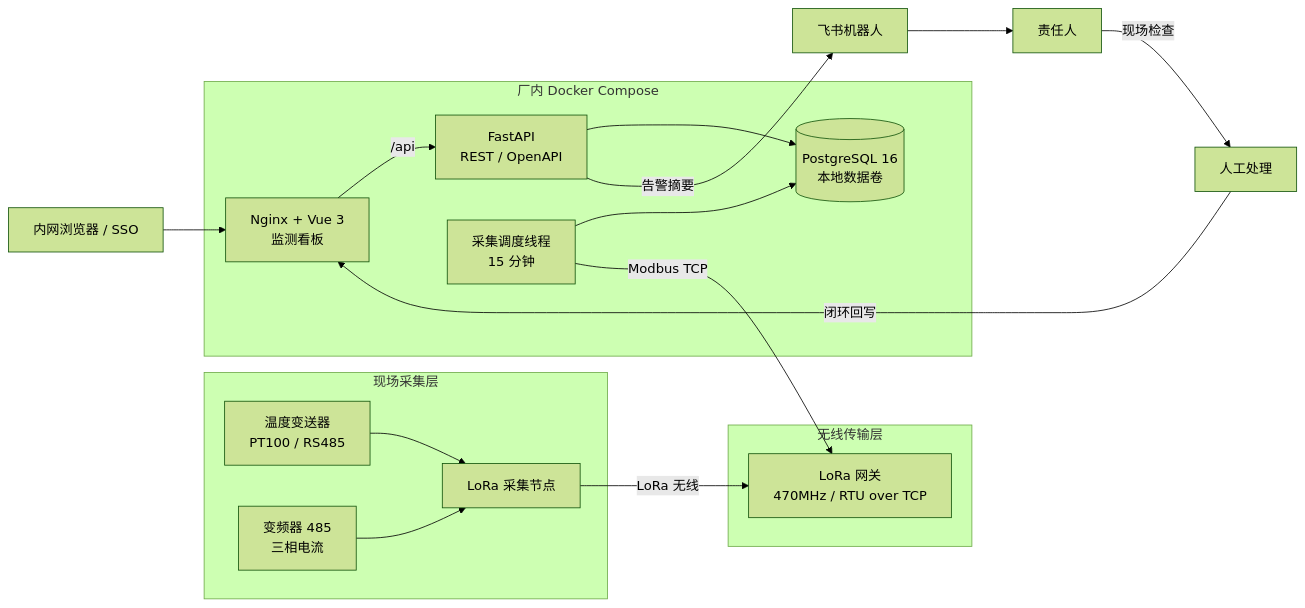
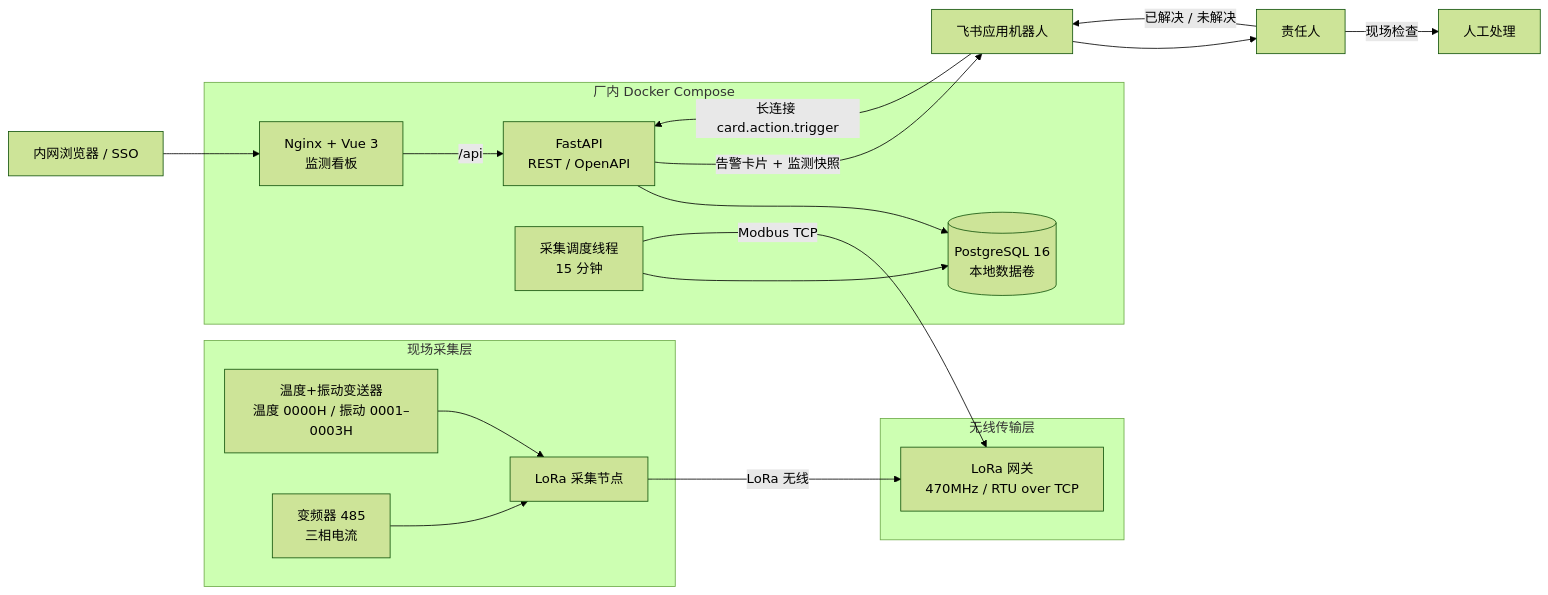
Before and after one commit to fuqin123/motor_testing_system: the first of 2 diagrams in docs/02-整体框架设计.md, drawn with Mermaid (forest theme). The commit also changed other lines of this file and 8 other files, not shown here.

````diff
--- a/docs/02-整体框架设计.md
+++ b/docs/02-整体框架设计.md
@@ -25,32 +25,33 @@
 ```mermaid
 flowchart LR
     subgraph FIELD["现场采集层"]
-        T["温度变送器<br/>PT100 / RS485"]
+        T["温度+振动变送器<br/>温度 0000H / 振动 0001–0003H"]
         V["变频器 485<br/>三相电流"]
         N["LoRa 采集节点"]
         T --> N
         V --> N
     end
 
     subgraph WIRELESS["无线传输层"]
         G["LoRa 网关<br/>470MHz / RTU over TCP"]
         N -- "LoRa 无线" --> G
     end
 
     subgraph DOCKER["厂内 Docker Compose"]
         WEB["Nginx + Vue 3<br/>监测看板"]
         API["FastAPI<br/>REST / OpenAPI"]
         COL["采集调度线程<br/>15 分钟"]
         DB[("PostgreSQL 16<br/>本地数据卷")]
         WEB -->|"/api"| API
         API --> DB
         COL --> DB
         COL -->|"Modbus TCP"| G
     end
 
     U["内网浏览器 / SSO"] --> WEB
-    API -->|"告警摘要"| FS["飞书机器人"]
+    API -->|"告警卡片 + 监测快照"| FS["飞书应用机器人"]
+    FS -->|"长连接 card.action.trigger"| API
     FS --> P["责任人"]
+    P -->|"已解决 / 未解决"| FS
     P -->|"现场检查"| W["人工处理"]
-    W -->|"闭环回写"| WEB
 ```
````
